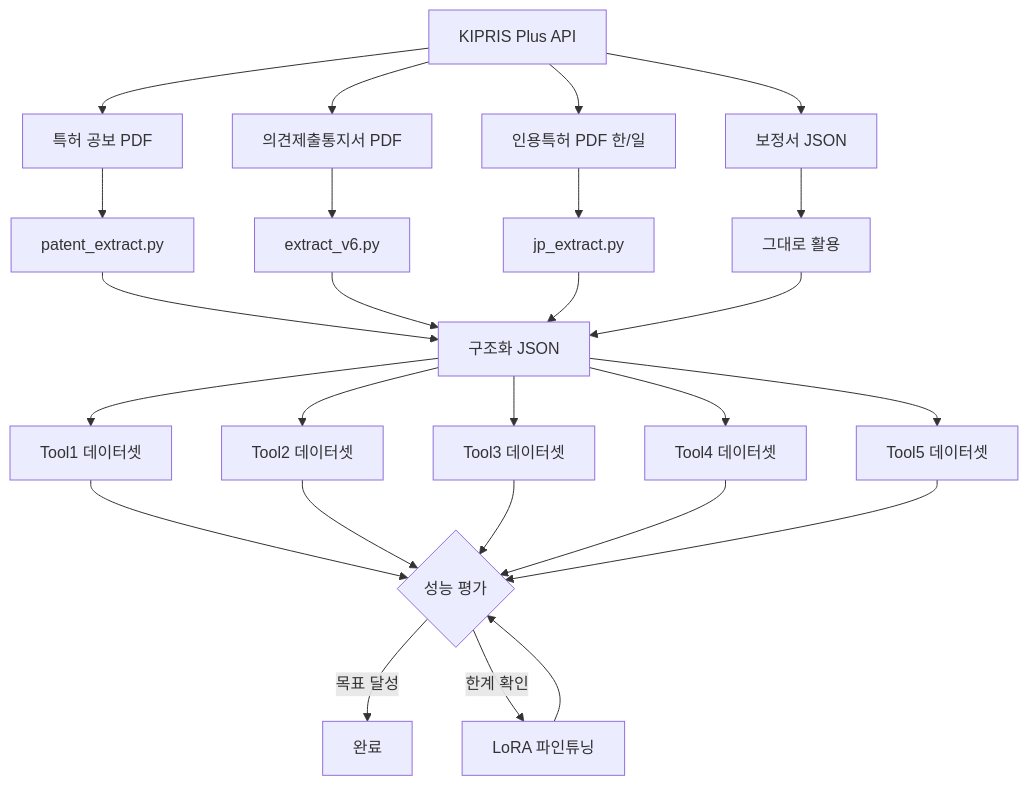
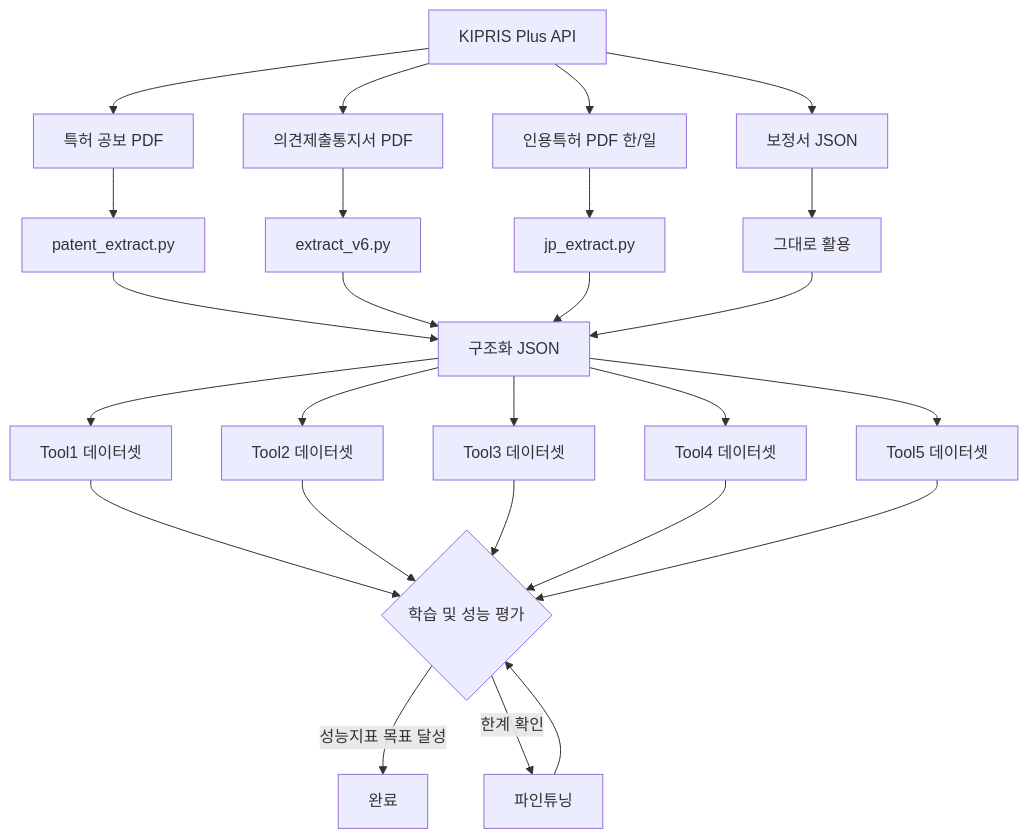
One commit to 123owq/patent_dataset changed the diagram in README.md. Above: the diagram before and after it, drawn with Mermaid. The commit also changed other lines of this file and 1 other file, not shown here.

````diff
--- a/README.md
+++ b/README.md
@@ -26,33 +28,33 @@
 ```mermaid
 flowchart TD
     A[KIPRIS Plus API] --> B1[특허 공보 PDF]
     A --> B2[의견제출통지서 PDF]
     A --> B3[인용특허 PDF 한/일]
     A --> B4[보정서 JSON]
 
     B1 --> C1[patent_extract.py]
     B2 --> C2[extract_v6.py]
     B3 --> C3[jp_extract.py]
     B4 --> C4[그대로 활용]
 
     C1 --> D[구조화 JSON]
     C2 --> D
     C3 --> D
     C4 --> D
 
     D --> E1[Tool1 데이터셋]
     D --> E2[Tool2 데이터셋]
     D --> E3[Tool3 데이터셋]
     D --> E4[Tool4 데이터셋]
     D --> E5[Tool5 데이터셋]
 
-    E1 --> F{성능 평가}
+    E1 --> F{학습 및 성능 평가}
     E2 --> F
     E3 --> F
     E4 --> F
     E5 --> F
 
-    F -->|목표 달성| G[완료]
-    F -->|한계 확인| H[LoRA 파인튜닝]
+    F -->|성능지표 목표 달성| G[완료]
+    F -->|한계 확인| H[파인튜닝]
     H --> F
 ```
````
